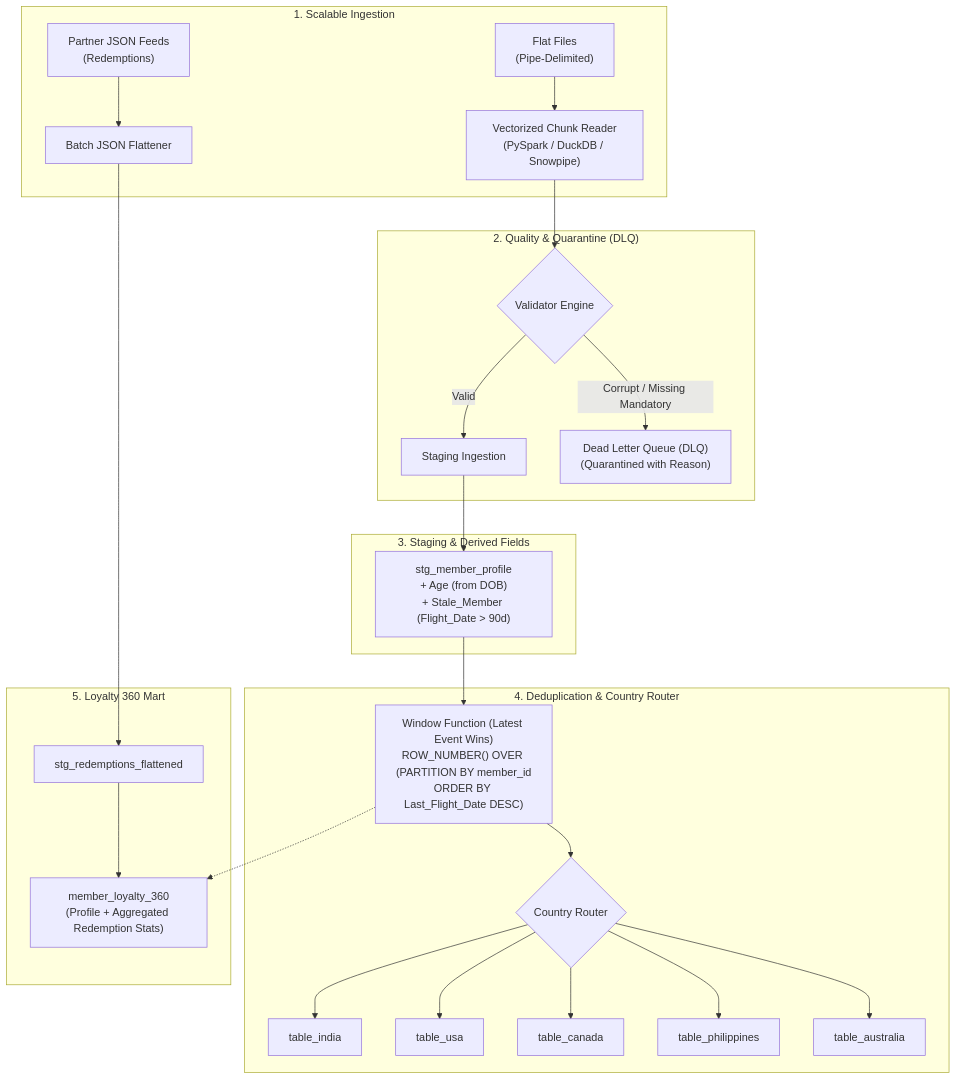
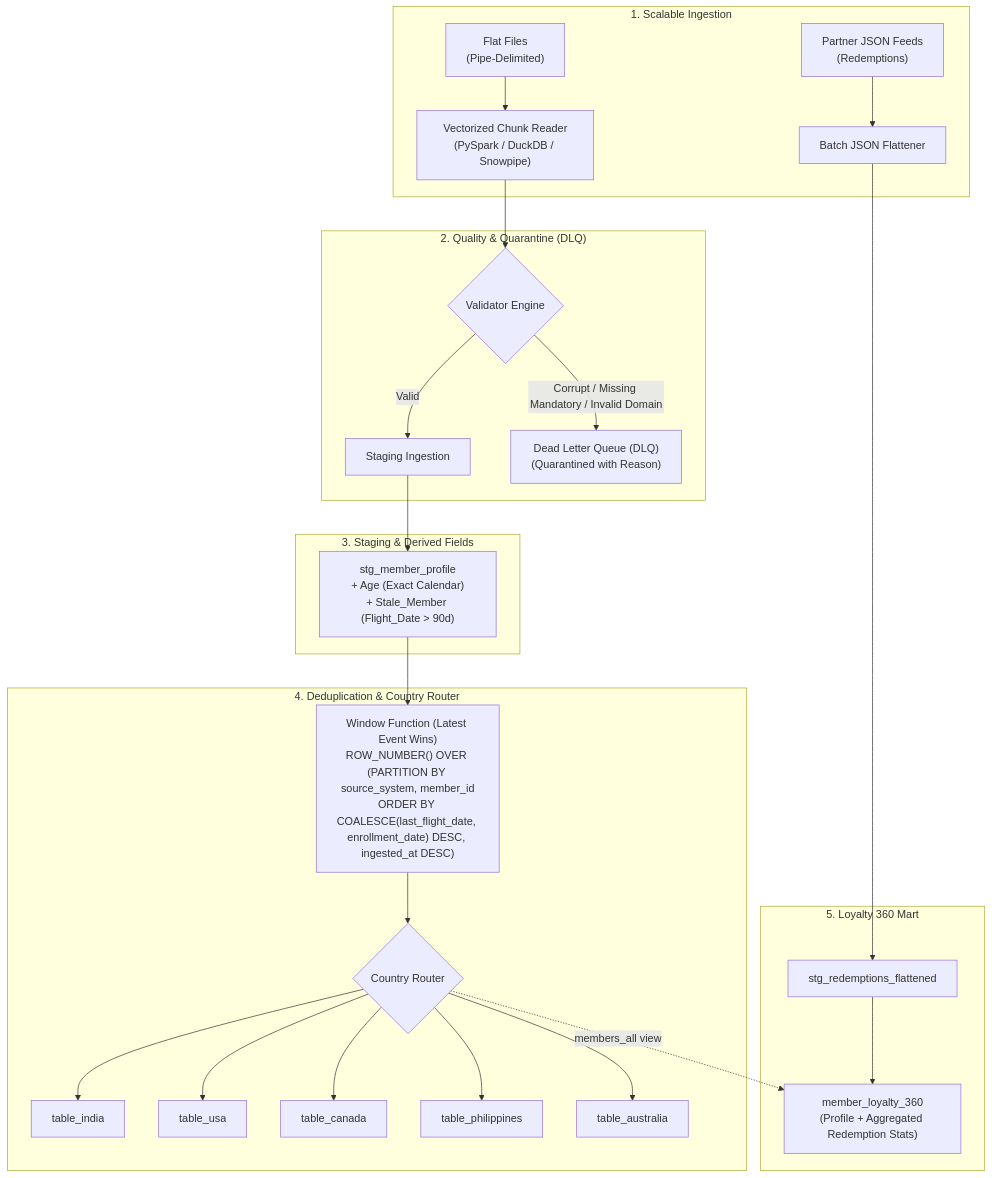
Before and after one commit to Workspace-Abhi/incubyte-data-craftsperson-assessment: the diagram in README.md, drawn with Mermaid. The commit also changed other lines of this file, not shown here.

Commit message:
docs(readme): add smoke test runbook, honest limitations, and corrected architecture snippets

````diff
--- a/README.md
+++ b/README.md
@@ -18,33 +18,33 @@
 ```mermaid
 flowchart TD
     subgraph Ingestion ["1. Scalable Ingestion"]
         FF["Flat Files\n(Pipe-Delimited)"] --> IngestReader["Vectorized Chunk Reader\n(PySpark / DuckDB / Snowpipe)"]
         JF["Partner JSON Feeds\n(Redemptions)"] --> JSONParser["Batch JSON Flattener"]
     end
 
     subgraph Validation ["2. Quality & Quarantine (DLQ)"]
         IngestReader --> Val{"Validator Engine"}
         Val -->|Valid| Raw["Staging Ingestion"]
-        Val -->|Corrupt / Missing Mandatory| DLQ["Dead Letter Queue (DLQ)\n(Quarantined with Reason)"]
+        Val -->|Corrupt / Missing Mandatory / Invalid Domain| DLQ["Dead Letter Queue (DLQ)\n(Quarantined with Reason)"]
     end
 
     subgraph Staging ["3. Staging & Derived Fields"]
-        Raw --> StagingTable["stg_member_profile\n+ Age (from DOB)\n+ Stale_Member (Flight_Date > 90d)"]
+        Raw --> StagingTable["stg_member_profile\n+ Age (Exact Calendar)\n+ Stale_Member (Flight_Date > 90d)"]
     end
 
     subgraph Deduplication ["4. Deduplication & Country Router"]
-        StagingTable --> Dedup["Window Function (Latest Event Wins)\nROW_NUMBER() OVER (PARTITION BY member_id\nORDER BY Last_Flight_Date DESC)"]
+        StagingTable --> Dedup["Window Function (Latest Event Wins)\nROW_NUMBER() OVER (PARTITION BY source_system, member_id\nORDER BY COALESCE(last_flight_date, enrollment_date) DESC, ingested_at DESC)"]
         Dedup --> Router{"Country Router"}
         Router --> T_IND["table_india"]
         Router --> T_USA["table_usa"]
         Router --> T_CAN["table_canada"]
         Router --> T_PHIL["table_philippines"]
         Router --> T_AU["table_australia"]
     end
 
     subgraph Analytics ["5. Loyalty 360 Mart"]
         JSONParser --> StgRedemp["stg_redemptions_flattened"]
         StgRedemp --> JoinView["member_loyalty_360\n(Profile + Aggregated Redemption Stats)"]
-        Dedup -.-> JoinView
+        Router -.->|members_all view| JoinView
     end
 ```
````
